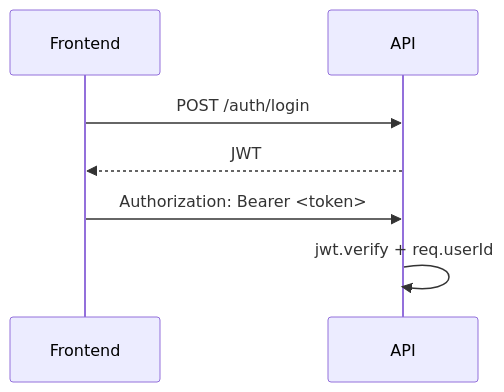
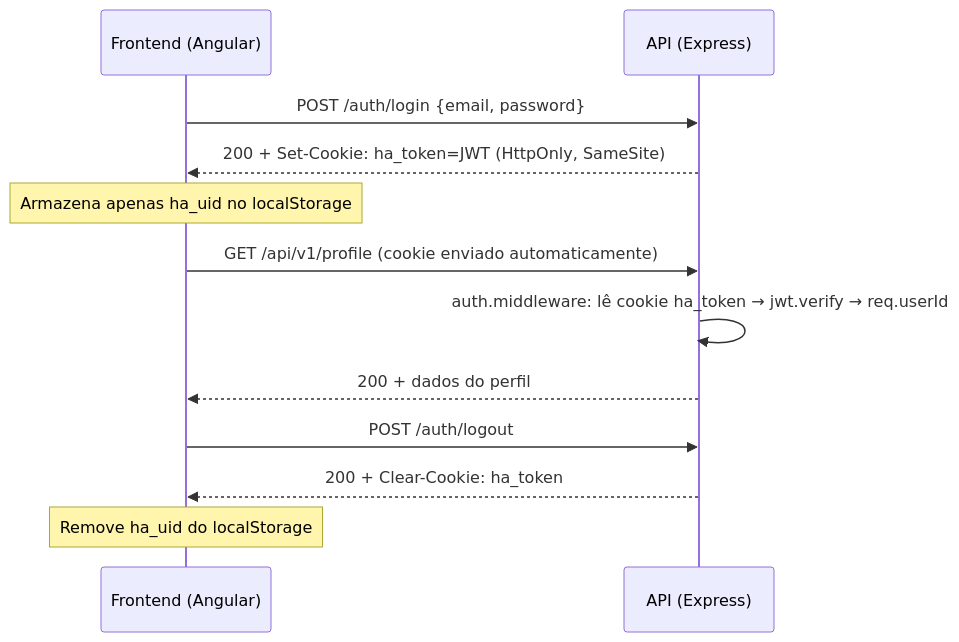
Before and after one commit to marcusvrom/healthapp: the diagram in docs/architecture/auth-flow.md, drawn with Mermaid. The commit also changed other lines of this file and 12 other files, not shown here.

````diff
--- a/docs/architecture/auth-flow.md
+++ b/docs/architecture/auth-flow.md
@@ -12,9 +14,17 @@
 ```mermaid
 sequenceDiagram
-participant FE as Frontend
-participant API as API
-FE->>API: POST /auth/login
-API-->>FE: JWT
-FE->>API: Authorization: Bearer <token>
-API->>API: jwt.verify + req.userId
+    participant FE as Frontend (Angular)
+    participant API as API (Express)
+
+    FE->>API: POST /auth/login {email, password}
+    API-->>FE: 200 + Set-Cookie: ha_token=JWT (HttpOnly, SameSite)
+    Note over FE: Armazena apenas ha_uid no localStorage
+
+    FE->>API: GET /api/v1/profile (cookie enviado automaticamente)
+    API->>API: auth.middleware: lê cookie ha_token → jwt.verify → req.userId
+    API-->>FE: 200 + dados do perfil
+
+    FE->>API: POST /auth/logout
+    API-->>FE: 200 + Clear-Cookie: ha_token
+    Note over FE: Remove ha_uid do localStorage
 ```
````
